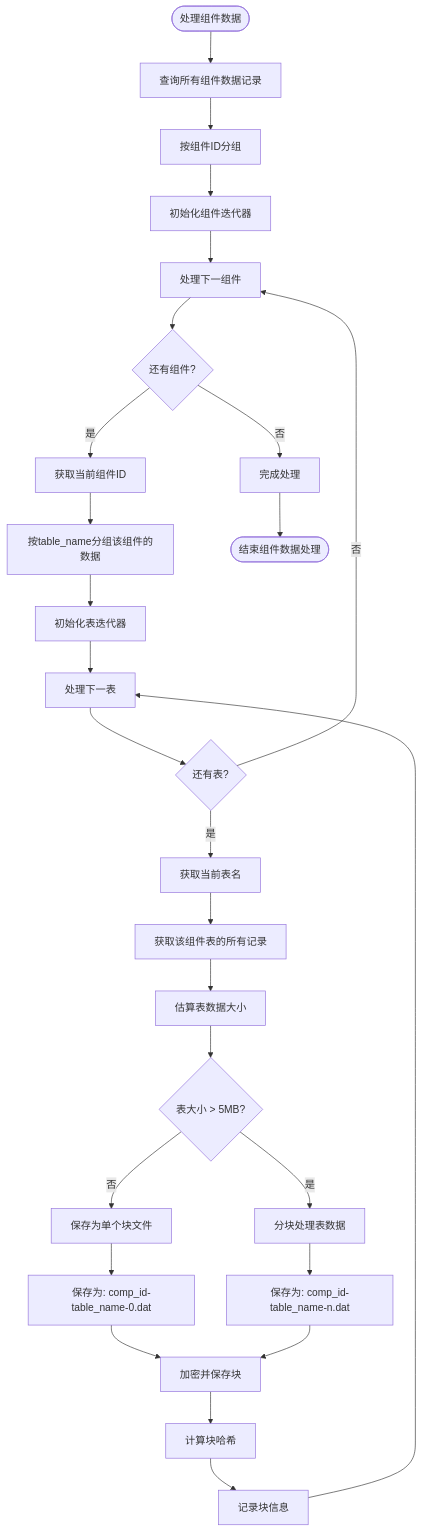
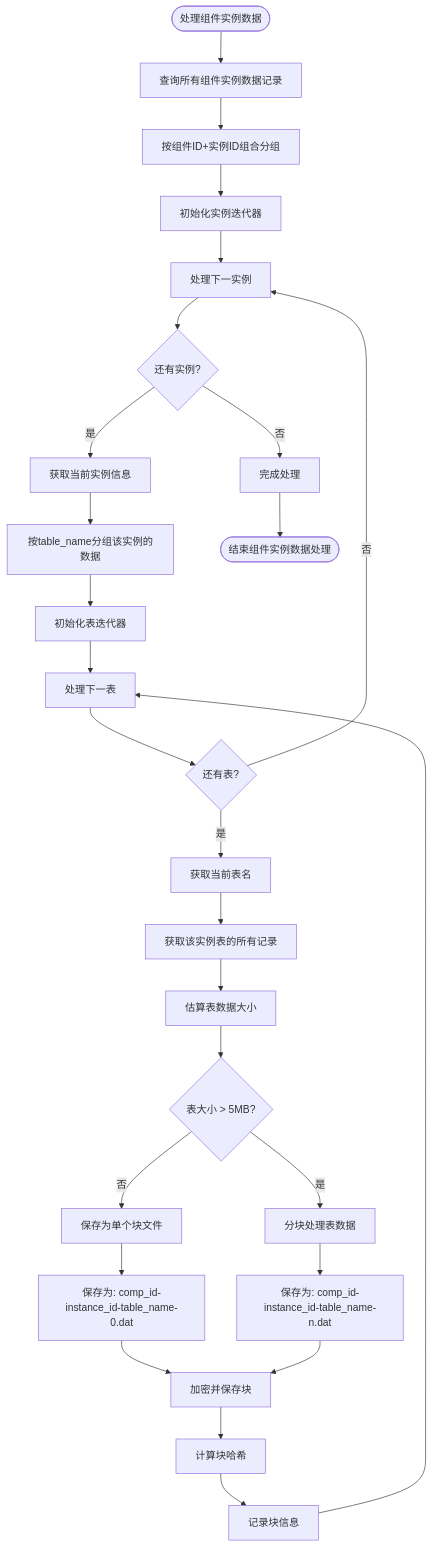
The diagram in all/未命名-52.md (yingjianzh/iodraw-files), drawn with Mermaid before and after one commit.

Commit message:
2025-05-09 14:27:33 update

````diff
--- a/all/未命名-52.md
+++ b/all/未命名-52.md
@@ -1,38 +1,38 @@
 ```mermaid
 flowchart TD
-    Start([处理组件数据]) --> QueryAll[查询所有组件数据记录]
-    QueryAll --> GroupByComp[按组件ID分组]
-    GroupByComp --> InitCompIterator[初始化组件迭代器]
+    Start([处理组件实例数据]) --> QueryAll[查询所有组件实例数据记录]
+    QueryAll --> GroupByInstance[按组件ID+实例ID组合分组]
+    GroupByInstance --> InitInstanceIterator[初始化实例迭代器]
     
-    InitCompIterator --> NextComp[处理下一组件]
-    NextComp --> HasMoreComp{还有组件?}
-    HasMoreComp -->|否| CompleteProcess[完成处理]
-    HasMoreComp -->|是| GetCompID[获取当前组件ID]
+    InitInstanceIterator --> NextInstance[处理下一实例]
+    NextInstance --> HasMoreInst{还有实例?}
+    HasMoreInst -->|否| CompleteProcess[完成处理]
+    HasMoreInst -->|是| GetInstanceInfo[获取当前实例信息]
     
-    GetCompID --> GroupByTable[按table_name分组该组件的数据]
+    GetInstanceInfo --> GroupByTable[按table_name分组该实例的数据]
     GroupByTable --> InitTableIterator[初始化表迭代器]
     
     InitTableIterator --> NextTable[处理下一表]
     NextTable --> HasMoreTables{还有表?}
-    HasMoreTables -->|否| NextComp
+    HasMoreTables -->|否| NextInstance
     HasMoreTables -->|是| GetTableName[获取当前表名]
     
-    GetTableName --> GetTableRecords[获取该组件表的所有记录]
+    GetTableName --> GetTableRecords[获取该实例表的所有记录]
     GetTableRecords --> EstimateTableSize[估算表数据大小]
     
     EstimateTableSize --> SizeCheck{表大小 > 5MB?}
     SizeCheck -->|否| SaveAsOneChunk[保存为单个块文件]
     SizeCheck -->|是| ChunkTable[分块处理表数据]
     
-    SaveAsOneChunk --> SavePath[保存为: comp_id-table_name-0.dat]
-    ChunkTable --> ChunkPath[保存为: comp_id-table_name-n.dat]
+    SaveAsOneChunk --> SavePath[保存为: comp_id-instance_id-table_name-0.dat]
+    ChunkTable --> ChunkPath[保存为: comp_id-instance_id-table_name-n.dat]
     
     SavePath --> EncryptChunk[加密并保存块]
     ChunkPath --> EncryptChunk
     
     EncryptChunk --> CalcChunkHash[计算块哈希]
     CalcChunkHash --> RecordChunkInfo[记录块信息]
     RecordChunkInfo --> NextTable
     
-    CompleteProcess --> End([结束组件数据处理])
+    CompleteProcess --> End([结束组件实例数据处理])
 ```
````
